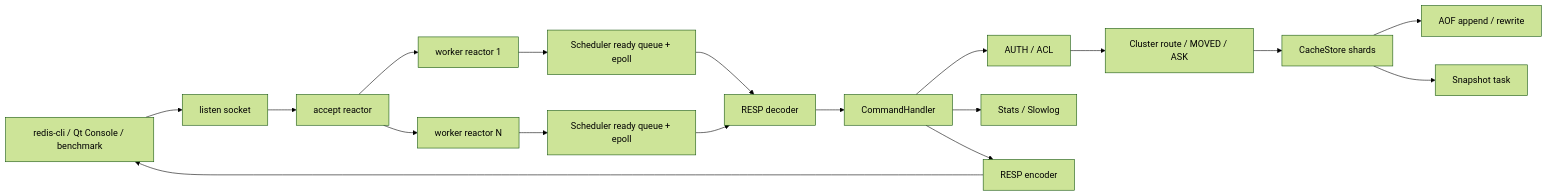
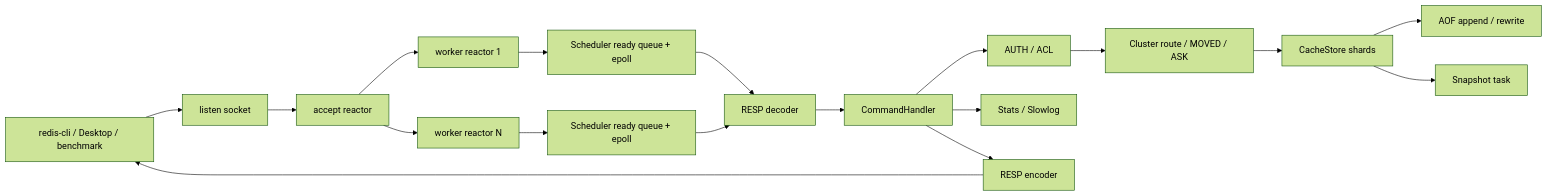
One commit to loukong111/miniredis changed the first of 2 diagrams in docs/architecture.md. Above: the diagram before and after it, drawn with Mermaid (forest theme). The commit also changed other lines of this file and 67 other files, not shown here.

````diff
--- a/docs/architecture.md
+++ b/docs/architecture.md
@@ -40,20 +40,20 @@
 ```mermaid
 flowchart LR
-    C[redis-cli / Qt Console / benchmark] --> L[listen socket]
+    C[redis-cli / Desktop / benchmark] --> L[listen socket]
     L --> A[accept reactor]
     A --> W1[worker reactor 1]
     A --> W2[worker reactor N]
     W1 --> S1[Scheduler ready queue + epoll]
     W2 --> S2[Scheduler ready queue + epoll]
     S1 --> R[RESP decoder]
     S2 --> R
     R --> H[CommandHandler]
     H --> Auth[AUTH / ACL]
     Auth --> Route[Cluster route / MOVED / ASK]
     Route --> Store[CacheStore shards]
     Store --> AOF[AOF append / rewrite]
     Store --> Snap[Snapshot task]
     H --> Stats[Stats / Slowlog]
     H --> Resp[RESP encoder]
     Resp --> C
 ```
````
